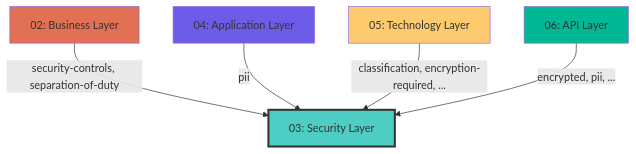
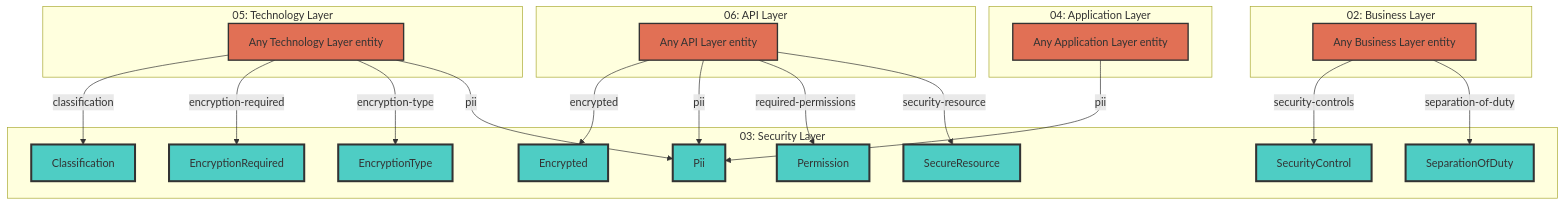
Before and after one commit to tinkermonkey/documentation_robotics: the diagram in reports/layer-docs/03-security-cross-layer-relationships.md, drawn with Mermaid. The commit also changed other lines of this file and 42 other files, not shown here.

Commit message:
working on cleaning up and defining inter and intra layer relationships

````diff
--- a/reports/layer-docs/03-security-cross-layer-relationships.md
+++ b/reports/layer-docs/03-security-cross-layer-relationships.md
@@ -48,21 +9,60 @@
 ```mermaid
 graph TB
-  ThisLayer["03: Security Layer"]
+  subgraph thisLayer["03: Security Layer"]
+    thisClassification["Classification"]
+    thisEncrypted["Encrypted"]
+    thisEncryptionRequired["EncryptionRequired"]
+    thisEncryptionType["EncryptionType"]
+    thisPermission["Permission"]
+    thisPii["Pii"]
+    thisSecureResource["SecureResource"]
+    thisSecurityControl["SecurityControl"]
+    thisSeparationOfDuty["SeparationOfDuty"]
+  end
 
+  %% Source layers
+  subgraph source02Layer["02: Business Layer"]
+    source02Node["Any Business Layer entity"]
+  end
+  subgraph source04Layer["04: Application Layer"]
+    source04Node["Any Application Layer entity"]
+  end
+  subgraph source05Layer["05: Technology Layer"]
+    source05Node["Any Technology Layer entity"]
+  end
+  subgraph source06Layer["06: API Layer"]
+    source06Node["Any API Layer entity"]
+  end
 
-  Source02["02: Business Layer"]
-  Source04["04: Application Layer"]
-  Source05["05: Technology Layer"]
-  Source06["06: API Layer"]
+  %% Incoming relationships
+  source05Node -->|classification| thisClassification
+  source04Node -->|pii| thisPii
+  source06Node -->|encrypted| thisEncrypted
+  source05Node -->|encryption-required| thisEncryptionRequired
+  source05Node -->|encryption-type| thisEncryptionType
+  source05Node -->|pii| thisPii
+  source06Node -->|pii| thisPii
+  source02Node -->|security-controls| thisSecurityControl
+  source02Node -->|separation-of-duty| thisSeparationOfDuty
+  source06Node -->|required-permissions| thisPermission
+  source06Node -->|security-resource| thisSecureResource
 
-  Source02 -->|security-controls, separation-of-duty| ThisLayer
-  Source04 -->|pii| ThisLayer
-  Source05 -->|classification, encryption-required, ...| ThisLayer
-  Source06 -->|encrypted, pii, ...| ThisLayer
+  %% Styling
+  classDef thisLayerStyle fill:#4ECDC4,stroke:#333,stroke-width:3px
+  classDef targetLayerStyle fill:#FFD700,stroke:#333,stroke-width:2px
+  classDef sourceLayerStyle fill:#E17055,stroke:#333,stroke-width:2px
 
-  style ThisLayer fill:#4ECDC4,stroke:#333,stroke-width:3px
-  style Source02 fill:#E17055
-  style Source04 fill:#6C5CE7
-  style Source05 fill:#FDCB6E
-  style Source06 fill:#00B894
+  class thisClassification thisLayerStyle
+  class thisEncrypted thisLayerStyle
+  class thisEncryptionRequired thisLayerStyle
+  class thisEncryptionType thisLayerStyle
+  class thisPermission thisLayerStyle
+  class thisPii thisLayerStyle
+  class thisSecureResource thisLayerStyle
+  class thisSecurityControl thisLayerStyle
+  class thisSeparationOfDuty thisLayerStyle
+  class source02Node sourceLayerStyle
+  class source04Node sourceLayerStyle
+  class source05Node sourceLayerStyle
+  class source06Node sourceLayerStyle
 ```
````
